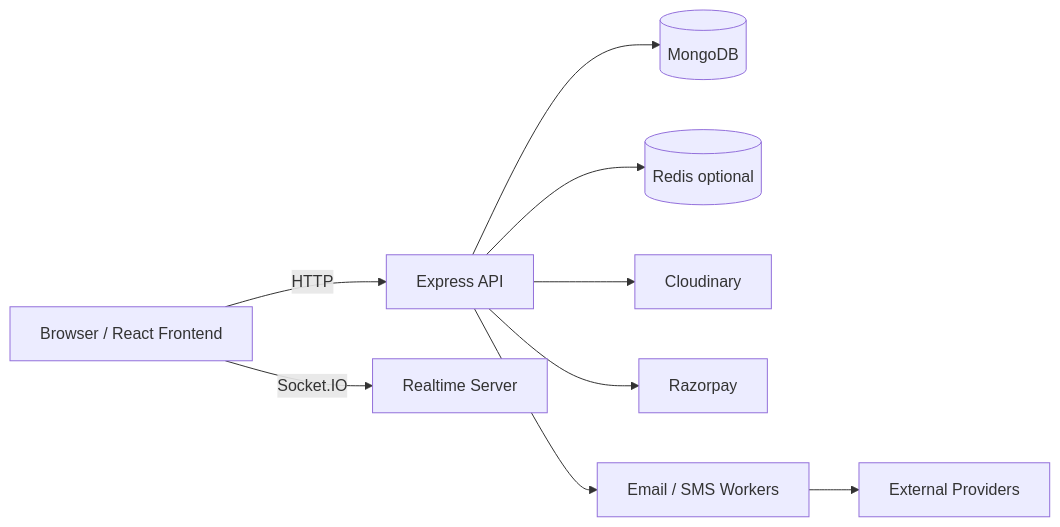
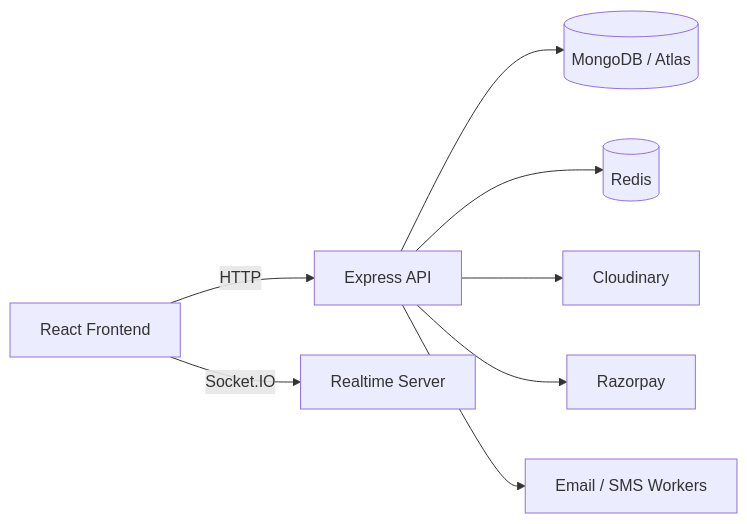
The diagram in README.md (Anshrastogi05/Event-management-system-main), drawn with Mermaid before and after one commit. The commit also changed other lines of this file and 10 other files, not shown here.

````diff
--- a/README.md
+++ b/README.md
@@ -43,11 +21,10 @@
 ```mermaid
 flowchart LR
-  U[Browser / React Frontend] -->|HTTP| A[Express API]
+  U[React Frontend] -->|HTTP| A[Express API]
   U -->|Socket.IO| S[Realtime Server]
-  A --> M[(MongoDB)]
-  A --> R[(Redis optional)]
+  A --> M[(MongoDB / Atlas)]
+  A --> R[(Redis)]
   A --> C[Cloudinary]
   A --> P[Razorpay]
   A --> E[Email / SMS Workers]
-  E --> N[External Providers]
 ```
````
